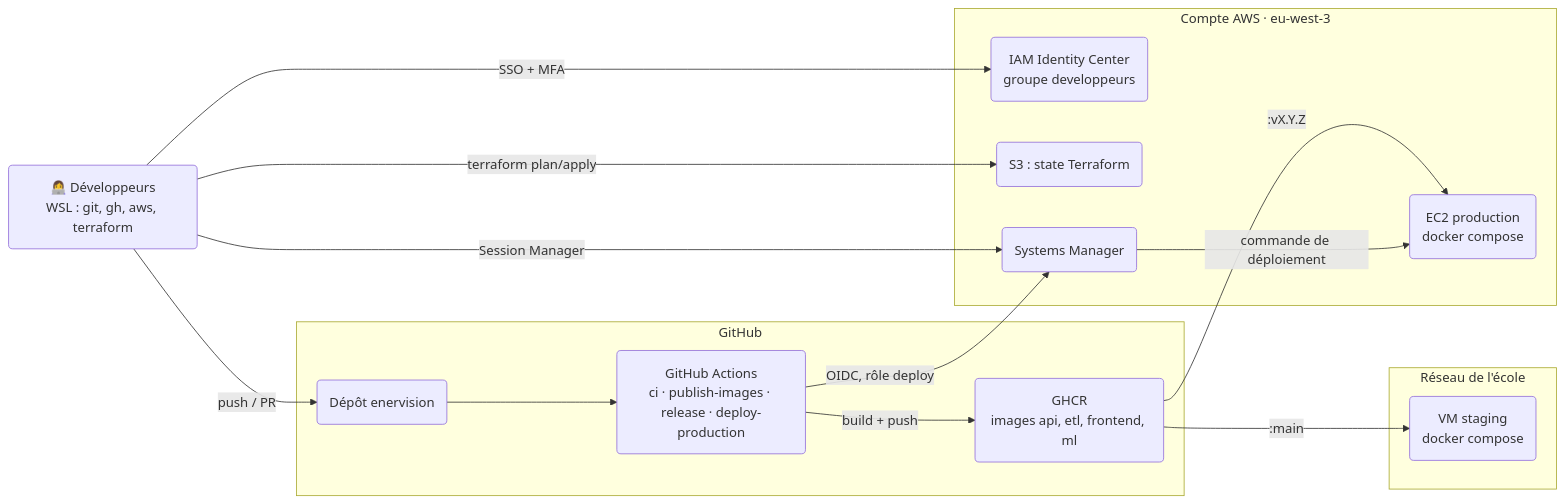
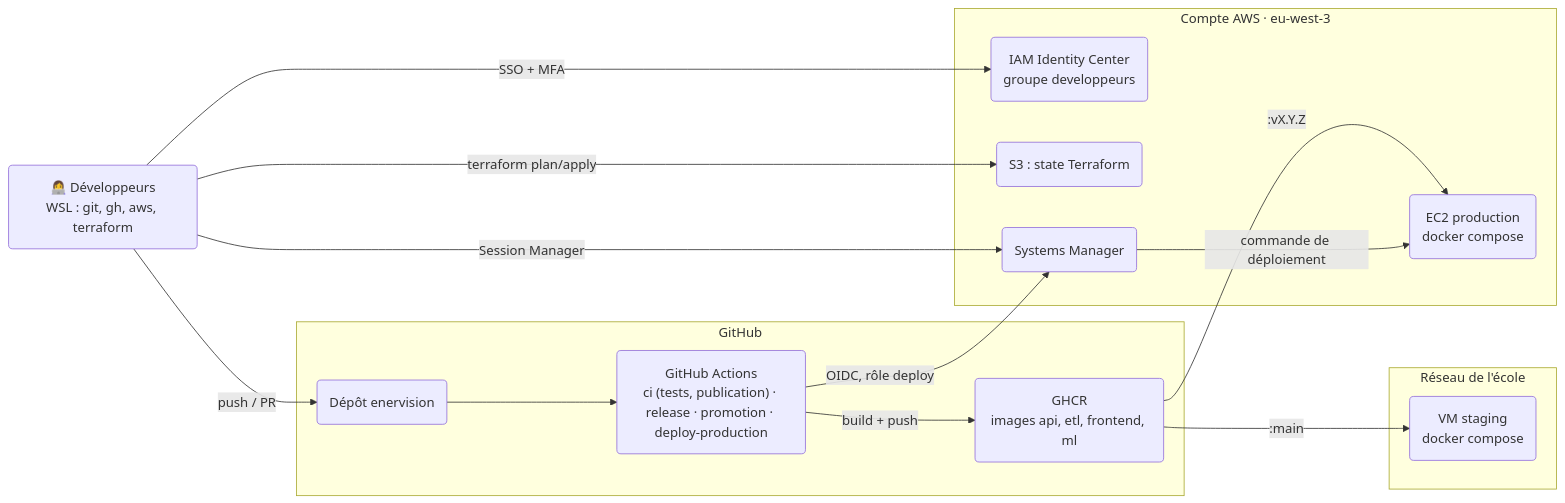
Before and after one commit to LaurelineHenaff/enervision: the first of 2 diagrams in infra/README.md, drawn with Mermaid. The commit also changed other lines of this file and 6 other files, not shown here.

````diff
--- a/infra/README.md
+++ b/infra/README.md
@@ -89,32 +89,32 @@
 ```mermaid
 flowchart LR
     DEV("👩‍💻 Développeurs<br/>WSL : git, gh, aws, terraform")
 
     subgraph GH["GitHub"]
         REPO("Dépôt enervision")
-        ACT("GitHub Actions<br/>ci · publish-images · release · deploy-production")
+        ACT("GitHub Actions<br/>ci (tests, publication) · release · promotion · deploy-production")
         GHCR("GHCR<br/>images api, etl, frontend, ml")
     end
 
     subgraph ECOLE["Réseau de l'école"]
         STG("VM staging<br/>docker compose")
     end
 
     subgraph AWS["Compte AWS · eu-west-3"]
         IDC("IAM Identity Center<br/>groupe developpeurs")
         STATE("S3 : state Terraform")
         SSM("Systems Manager")
         EC2("EC2 production<br/>docker compose")
     end
 
     DEV -->|push / PR| REPO
     REPO --> ACT
     ACT -->|build + push| GHCR
     GHCR -->|:main| STG
     GHCR -->|:vX.Y.Z| EC2
     ACT -->|OIDC, rôle deploy| SSM
     SSM -->|commande de déploiement| EC2
     DEV -->|SSO + MFA| IDC
     DEV -->|terraform plan/apply| STATE
     DEV -->|Session Manager| SSM
 ```
````
